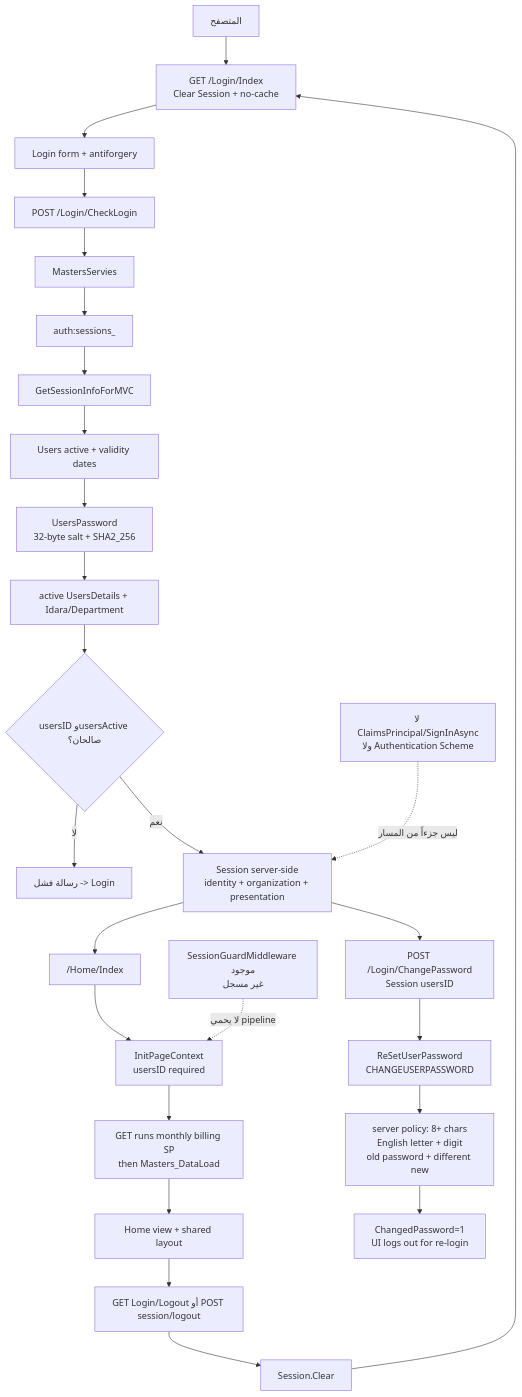
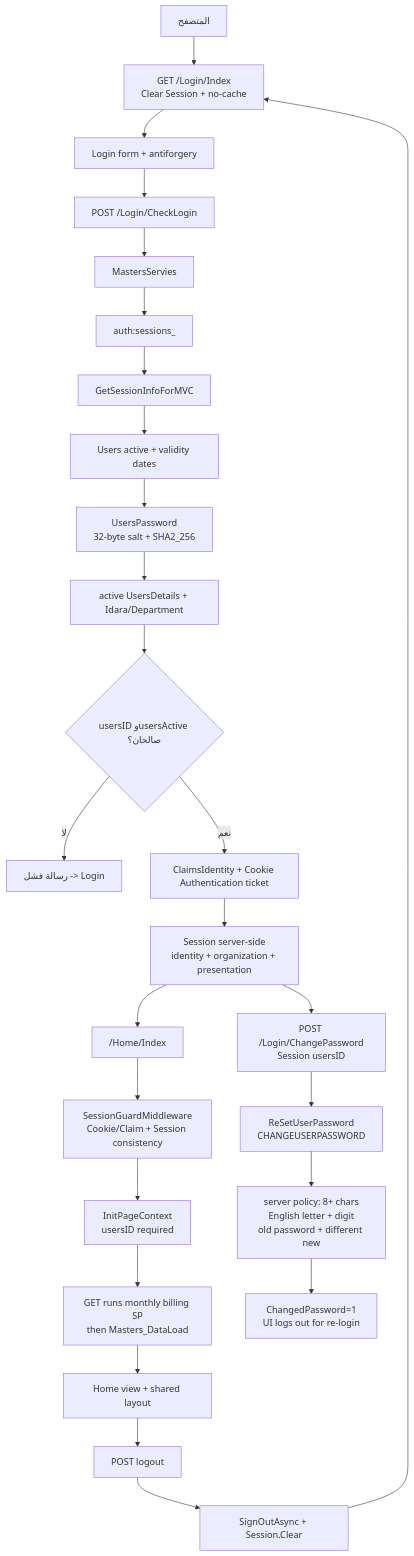
One commit to X5B00D/SmartFoundation changed the diagram in Documentation/Diagrams/Security-Authentication-and-Session-Flow.md. Above: the diagram before and after it, drawn with Mermaid. The commit also changed other lines of this file and 145 other files, not shown here.

````diff
--- a/Documentation/Diagrams/Security-Authentication-and-Session-Flow.md
+++ b/Documentation/Diagrams/Security-Authentication-and-Session-Flow.md
@@ -5,18 +5,16 @@
 ```mermaid
 flowchart TB
     Browser["المتصفح"] --> Get["GET /Login/Index\nClear Session + no-cache"]
     Get --> Form["Login form + antiforgery"]
     Form --> Post["POST /Login/CheckLogin"]
     Post --> Service["MastersServies"] --> Mapper["auth:sessions_"] --> Proc["GetSessionInfoForMVC"]
     Proc --> User["Users active + validity dates"] --> Password["UsersPassword\n32-byte salt + SHA2_256"] --> Structure["active UsersDetails + Idara/Department"]
     Structure --> Success{"usersID وusersActive صالحان؟"}
     Success -- "لا" --> Error["رسالة فشل -> Login"]
-    Success -- "نعم" --> Session["Session server-side\nidentity + organization + presentation"]
-    Session --> Home["/Home/Index"] --> LocalGuard["InitPageContext\nusersID required"] --> HomeSideEffect["GET runs monthly billing SP\nthen Masters_DataLoad"]
+    Success -- "نعم" --> Claims["ClaimsIdentity + Cookie Authentication ticket"] --> Session["Session server-side\nidentity + organization + presentation"]
+    Session --> Home["/Home/Index"] --> Guard["SessionGuardMiddleware\nCookie/Claim + Session consistency"] --> LocalGuard["InitPageContext\nusersID required"] --> HomeSideEffect["GET runs monthly billing SP\nthen Masters_DataLoad"]
     HomeSideEffect --> Page["Home view + shared layout"]
     Session --> Change["POST /Login/ChangePassword\nSession usersID"] --> Reset["ReSetUserPassword\nCHANGEUSERPASSWORD"]
     Reset --> Policy["server policy: 8+ chars\nEnglish letter + digit\nold password + different new"] --> ReLogin["ChangedPassword=1\nUI logs out for re-login"]
-    Page --> Logout["GET Login/Logout أو POST session/logout"] --> Clear["Session.Clear"] --> Get
-    Claims["لا ClaimsPrincipal/SignInAsync\nولا Authentication Scheme"] -. "ليس جزءاً من المسار" .-> Session
-    Guard["SessionGuardMiddleware موجود\nغير مسجل"] -. "لا يحمي pipeline" .-> LocalGuard
+    Page --> Logout["POST logout"] --> Clear["SignOutAsync + Session.Clear"] --> Get
 ```
````
